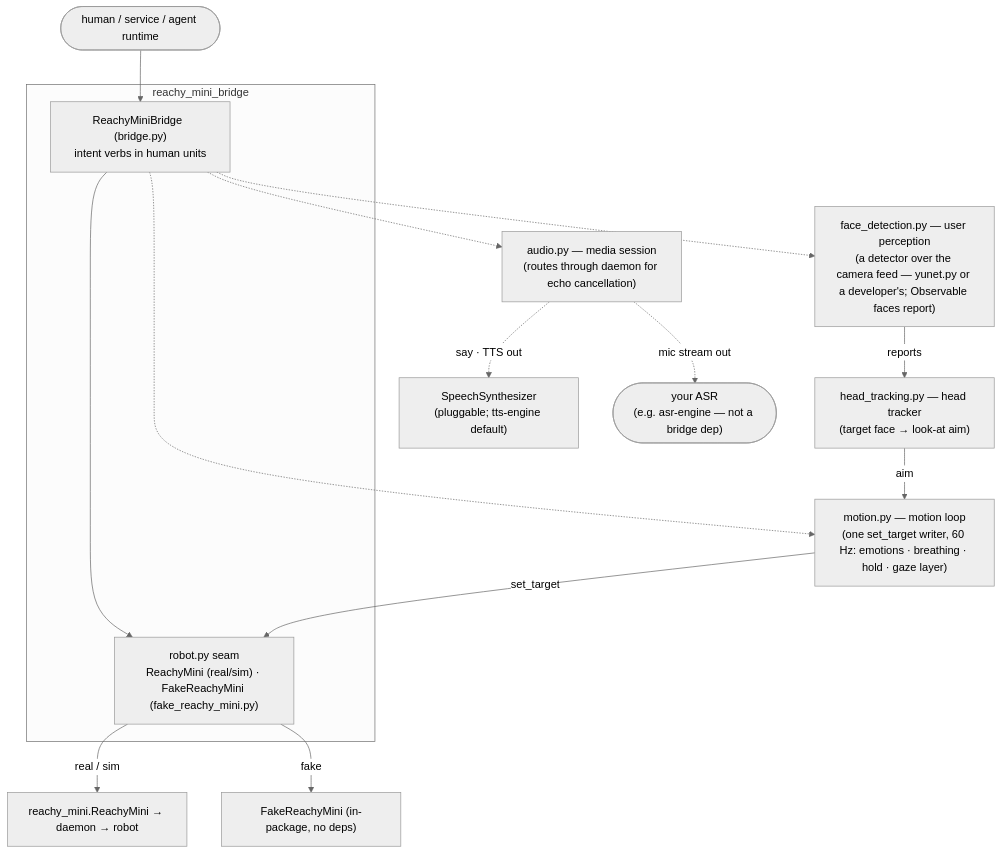
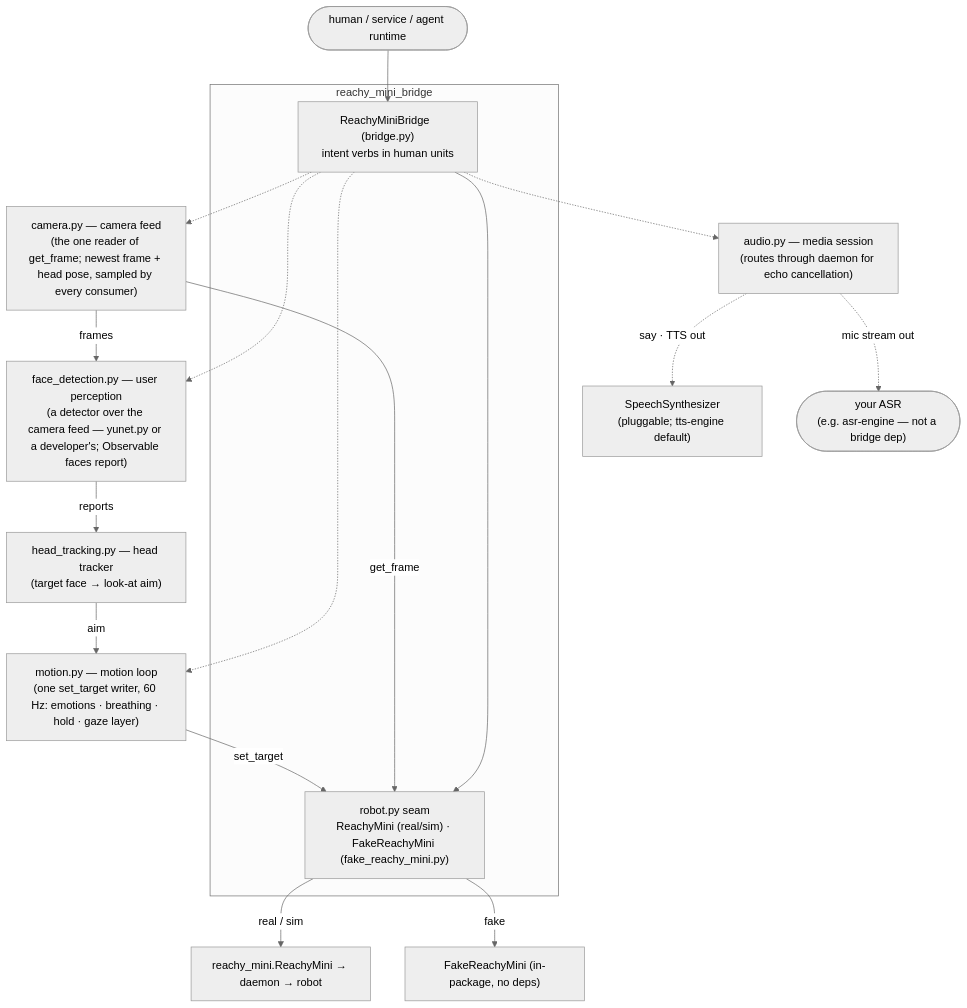
Before and after one commit to funwithagents/reachy-mini-bridge: the diagram in specs/_overview.md, drawn with Mermaid (neutral theme). The commit also changed other lines of this file and 13 other files, not shown here.

````diff
--- a/specs/_overview.md
+++ b/specs/_overview.md
@@ -13,19 +13,22 @@
 ```mermaid
 flowchart TD
     caller([human / service / agent runtime]) --> api
     subgraph bridge["reachy_mini_bridge"]
         api["ReachyMiniBridge  (bridge.py)<br/>intent verbs in human units"]
         client["robot.py seam<br/>ReachyMini (real/sim) · FakeReachyMini (fake_reachy_mini.py)"]
         api --> client
     end
     client -->|real / sim| upstream["reachy_mini.ReachyMini → daemon → robot"]
     client -->|fake| fake["FakeReachyMini (in-package, no deps)"]
     api -.-> audio["audio.py — media session<br/>(routes through daemon for echo cancellation)"]
     api -.-> motion["motion.py — motion loop<br/>(one set_target writer, 60 Hz: emotions · breathing · hold · gaze layer)"]
+    api -.-> camera["camera.py — camera feed<br/>(the one reader of get_frame; newest frame + head pose, sampled by every consumer)"]
+    camera -->|get_frame| client
     api -.-> faces["face_detection.py — user perception<br/>(a detector over the camera feed — yunet.py or a developer's; Observable faces report)"]
+    camera -->|frames| faces
     faces -->|reports| tracker["head_tracking.py — head tracker<br/>(target face → look-at aim)"]
     tracker -->|aim| motion
     motion -->|set_target| client
     audio -.->|say · TTS out| synth["SpeechSynthesizer<br/>(pluggable; tts-engine default)"]
     audio -.->|mic stream out| yourasr(["your ASR<br/>(e.g. asr-engine — not a bridge dep)"])
 ```
````
